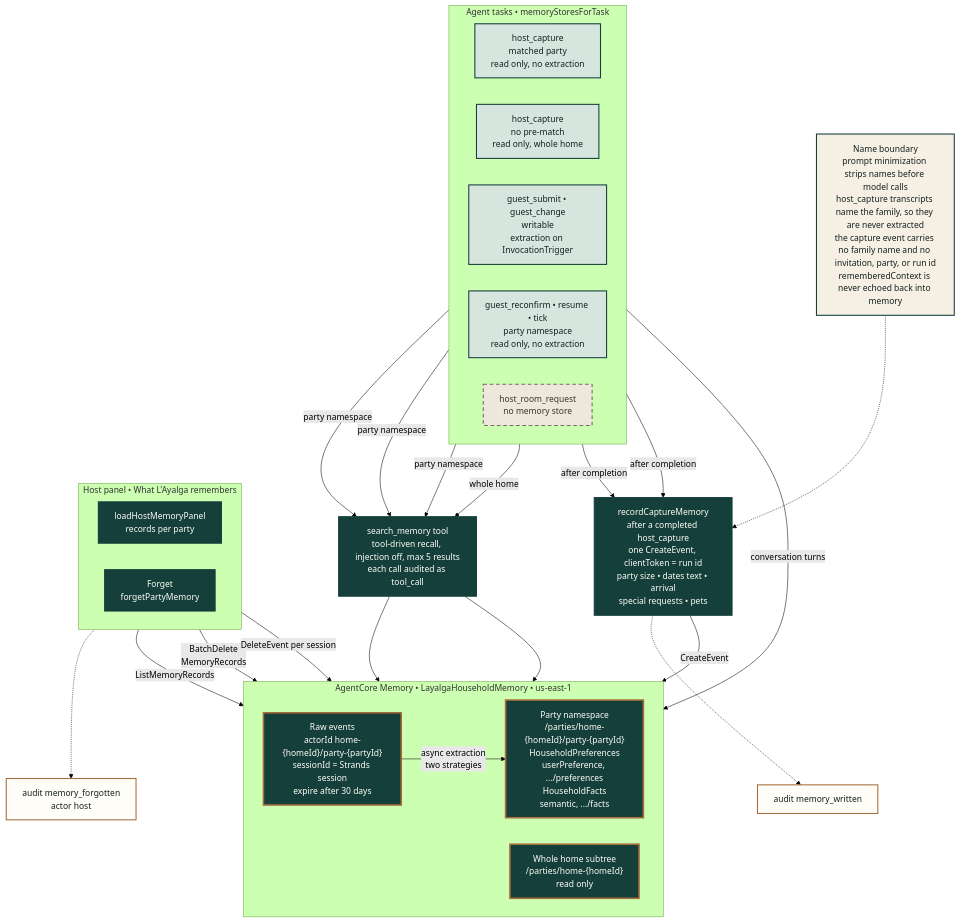
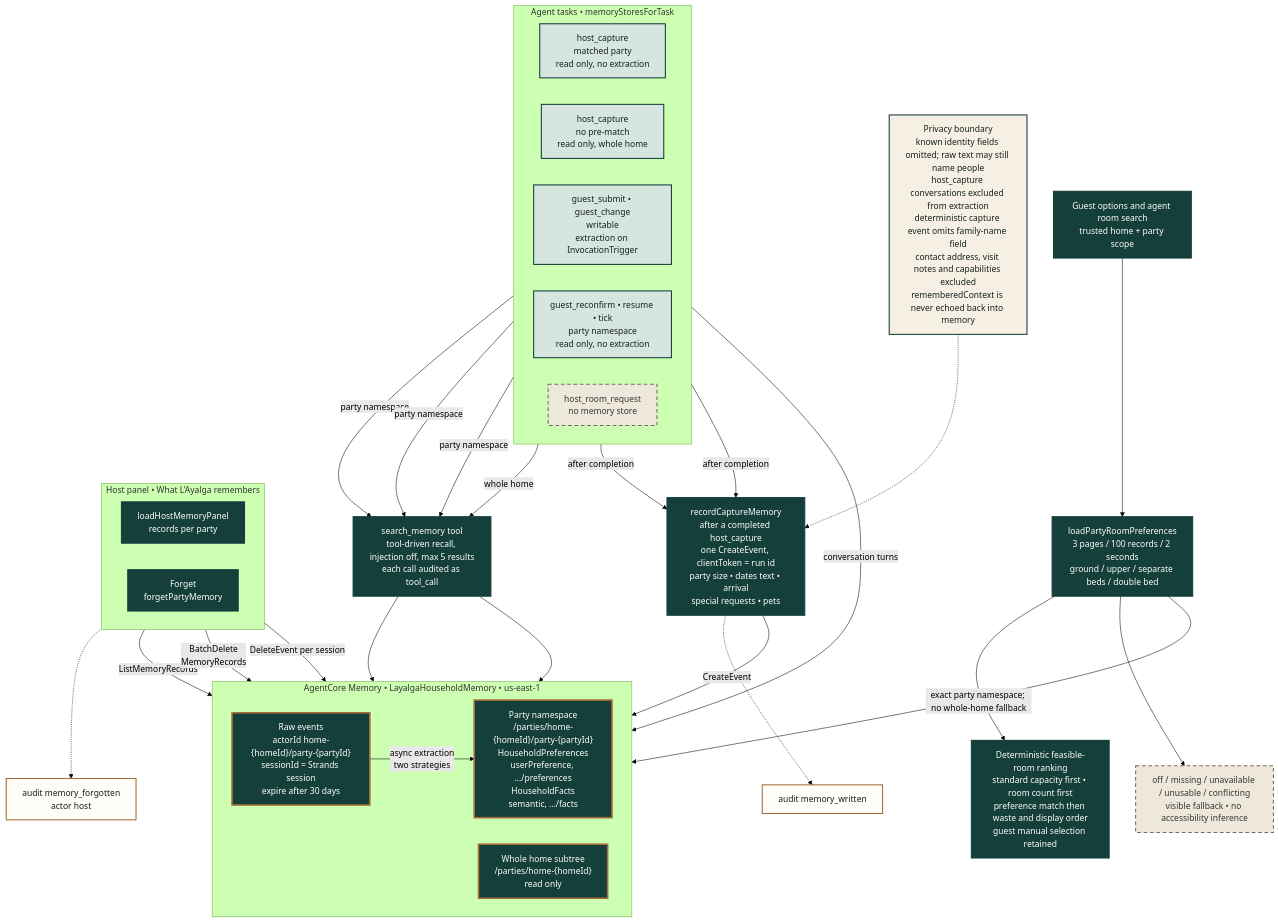
One commit to juan294/layalga changed the diagram in docs/architecture/memory-namespaces.mmd. Above: the diagram before and after it, drawn with Mermaid (forest theme). The commit also changed 213 other files, not shown here.

```diff
--- a/docs/architecture/memory-namespaces.mmd
+++ b/docs/architecture/memory-namespaces.mmd
@@ -1,60 +1,69 @@
 flowchart TB
   subgraph tasks["Agent tasks • memoryStoresForTask"]
     direction LR
     captureMatched["host_capture<br/>matched party<br/>read only, no extraction"]
     captureUnmatched["host_capture<br/>no pre-match<br/>read only, whole home"]
     guestWrite["guest_submit • guest_change<br/>writable<br/>extraction on InvocationTrigger"]
     partyRead["guest_reconfirm • resume • tick<br/>party namespace<br/>read only, no extraction"]
     noStore["host_room_request<br/>no memory store"]
   end
 
   subgraph host["Host panel • What L'Ayalga remembers"]
     direction LR
     panel["loadHostMemoryPanel<br/>records per party"]
     forget["Forget<br/>forgetPartyMemory"]
   end
 
   searchTool["search_memory tool<br/>tool-driven recall, injection off, max 5 results<br/>each call audited as tool_call"]
+  optionSearch["Guest options and agent room search<br/>trusted home + party scope"]
+  preferenceRead["loadPartyRoomPreferences<br/>3 pages / 100 records / 2 seconds<br/>ground / upper / separate beds / double bed"]
+  rank["Deterministic feasible-room ranking<br/>standard capacity first • room count first<br/>preference match then waste and display order<br/>guest manual selection retained"]
+  fallback["off / missing / unavailable / unusable / conflicting<br/>visible fallback • no accessibility inference"]
   captureEvent["recordCaptureMemory<br/>after a completed host_capture<br/>one CreateEvent, clientToken = run id<br/>party size • dates text • arrival<br/>special requests • pets"]
 
   subgraph aws["AgentCore Memory • LayalgaHouseholdMemory • us-east-1"]
     direction LR
     events["Raw events<br/>actorId home-{homeId}/party-{partyId}<br/>sessionId = Strands session<br/>expire after 30 days"]
     records["Party namespace<br/>/parties/home-{homeId}/party-{partyId}<br/>HouseholdPreferences<br/>userPreference, .../preferences<br/>HouseholdFacts<br/>semantic, .../facts"]
     homeScope["Whole home subtree<br/>/parties/home-{homeId}<br/>read only"]
   end
 
   auditWritten["audit memory_written"]
   auditForgotten["audit memory_forgotten<br/>actor host"]
-  boundary["Name boundary<br/>prompt minimization strips names before model calls<br/>host_capture transcripts name the family, so they are never extracted<br/>the capture event carries no family name and no invitation, party, or run id<br/>rememberedContext is never echoed back into memory"]
+  boundary["Privacy boundary<br/>known identity fields omitted; raw text may still name people<br/>host_capture conversations excluded from extraction<br/>deterministic capture event omits family-name field<br/>contact address, visit notes and capabilities excluded<br/>rememberedContext is never echoed back into memory"]
 
   captureMatched -- "party namespace" --> searchTool
   guestWrite -- "party namespace" --> searchTool
   partyRead -- "party namespace" --> searchTool
   captureUnmatched -- "whole home" --> searchTool
   searchTool --> records
   searchTool --> homeScope
   guestWrite -- "conversation turns" --> events
   captureMatched -- "after completion" --> captureEvent
   captureUnmatched -- "after completion" --> captureEvent
   captureEvent -- "CreateEvent" --> events
   events -- "async extraction<br/>two strategies" --> records
   panel -- "ListMemoryRecords" --> records
+  optionSearch --> preferenceRead
+  preferenceRead -- "exact party namespace; no whole-home fallback" --> records
+  preferenceRead --> rank
+  preferenceRead --> fallback
   forget -- "BatchDelete<br/>MemoryRecords" --> records
   forget -- "DeleteEvent per session" --> events
   captureEvent -.-> auditWritten
   forget -.-> auditForgotten
   boundary -.-> captureEvent
 
   classDef person fill:#f6f0e4,stroke:#143f3b,color:#15201f,stroke-width:2px;
   classDef app fill:#143f3b,stroke:#143f3b,color:#fffdf7,stroke-width:2px;
   classDef core fill:#d7e5df,stroke:#143f3b,color:#15201f,stroke-width:2px;
   classDef store fill:#fffdf7,stroke:#a46d3c,color:#15201f,stroke-width:2px;
   classDef off fill:#eee8dc,stroke:#756b61,color:#3a3530,stroke-width:2px,stroke-dasharray: 7 5;
   classDef selected fill:#143f3b,stroke:#a46d3c,color:#fffdf7,stroke-width:3px;
   class events,records,homeScope selected;
   class captureMatched,captureUnmatched,guestWrite,partyRead core;
   class noStore off;
-  class captureEvent,searchTool,panel,forget app;
+  class captureEvent,searchTool,panel,forget,optionSearch,preferenceRead,rank app;
+  class fallback off;
   class auditWritten,auditForgotten store;
   class boundary person;
```
